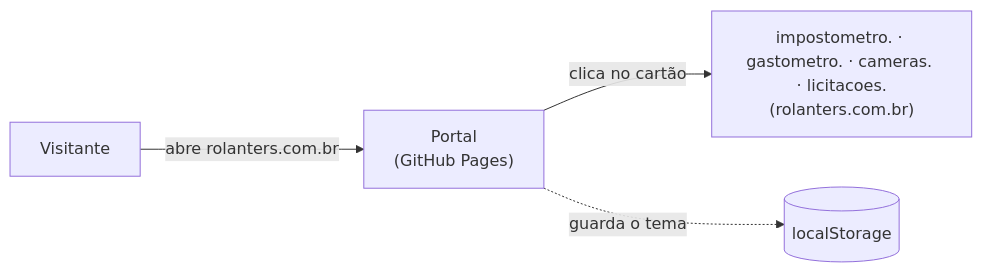
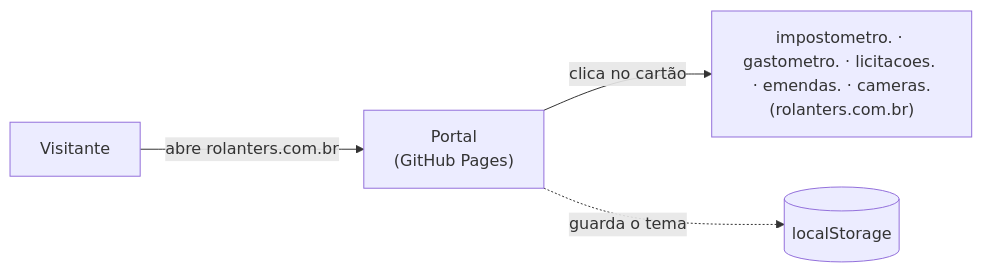
One commit to filipesfbr/portal-rolante changed the diagram in README.md. Above: the diagram before and after it, drawn with Mermaid. The commit also changed other lines of this file and 4 other files, not shown here.

Commit message:
feat: cartão do Emendas Rolante e carrossel contínuo no desktop

````diff
--- a/README.md
+++ b/README.md
@@ -34,6 +35,6 @@
 ```mermaid
 flowchart LR
     V["Visitante"] -- "abre rolanters.com.br" --> P["Portal<br/>(GitHub Pages)"]
-    P -- "clica no cartão" --> S["impostometro. · gastometro. · cameras. · licitacoes.<br/>(rolanters.com.br)"]
+    P -- "clica no cartão" --> S["impostometro. · gastometro. · licitacoes. · emendas. · cameras.<br/>(rolanters.com.br)"]
     P -. "guarda o tema" .-> L[("localStorage")]
 ```
````
